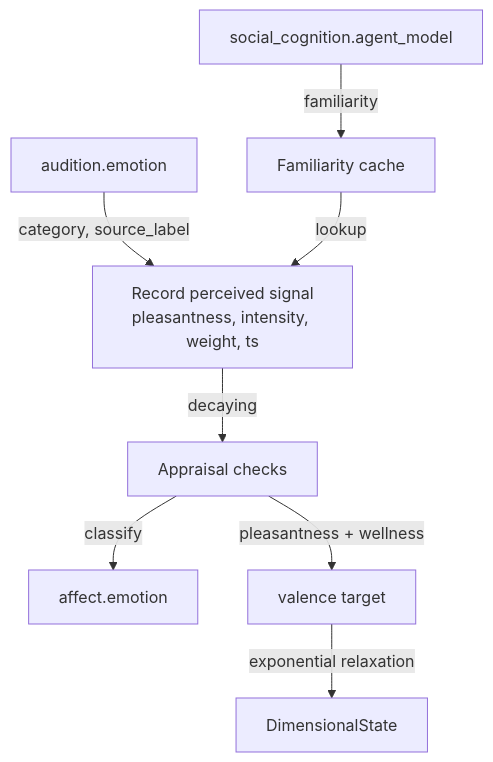
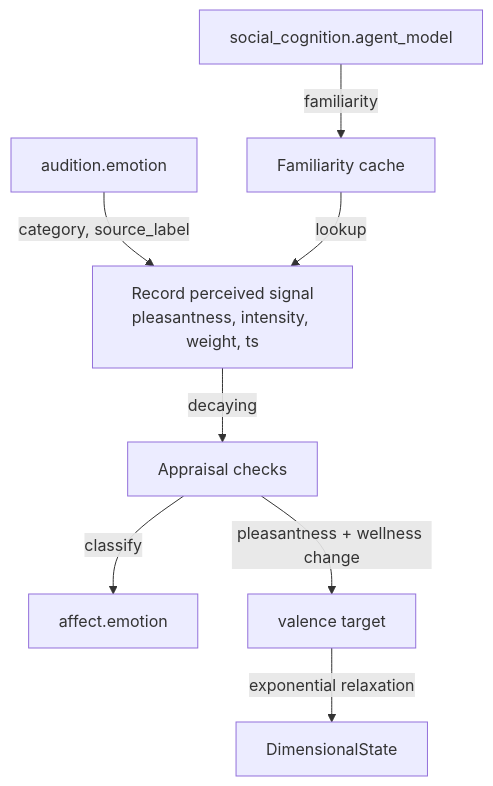
One commit to kaineone/kaine changed the diagram in docs/09-modules/affect.md. Above: the diagram before and after it, drawn with Mermaid. The commit also changed other lines of this file and 11 other files, not shown here.

````diff
--- a/docs/09-modules/affect.md
+++ b/docs/09-modules/affect.md
@@ -258,10 +262,10 @@
 ```mermaid
 flowchart TD
     AE[audition.emotion] -->|category, source_label| R[Record perceived signal\npleasantness, intensity, weight, ts]
     EM[social_cognition.agent_model] -->|familiarity| FC[Familiarity cache]
     FC -->|lookup| R
     R -->|decaying| AP[Appraisal checks]
     AP -->|classify| EMO[affect.emotion]
-    AP -->|pleasantness + wellness| VT[valence target]
+    AP -->|pleasantness + wellness change| VT[valence target]
     VT -->|exponential relaxation| S[DimensionalState]
 ```
````
